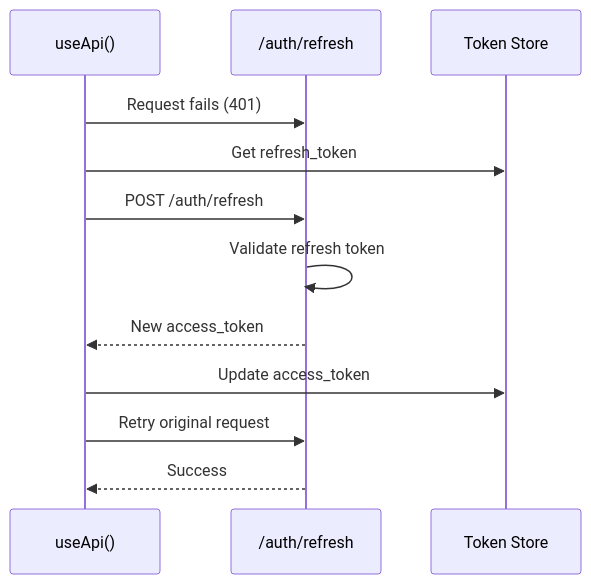
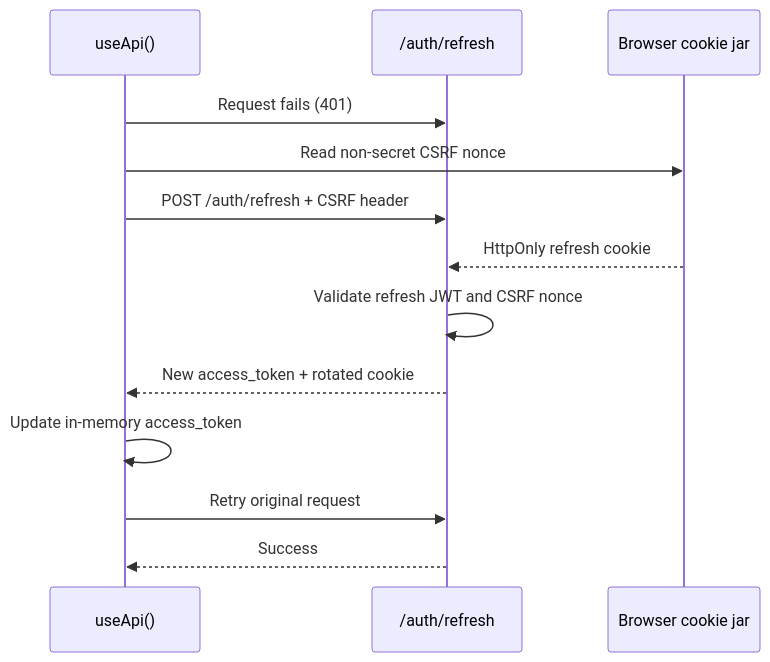
Before and after one commit to mahmoodianasl-svg/dentalpin: the third of 4 diagrams in docs/diagrams/data-flow.md, drawn with Mermaid. The commit also changed other lines of this file and 14 other files, not shown here.

Commit message:
W1: protect browser refresh sessions

````diff
--- a/docs/diagrams/data-flow.md
+++ b/docs/diagrams/data-flow.md
@@ -64,15 +64,16 @@
 ```mermaid
 sequenceDiagram
     participant API as useApi()
     participant BE as /auth/refresh
-    participant Store as Token Store
+    participant Jar as Browser cookie jar
 
     API->>BE: Request fails (401)
-    API->>Store: Get refresh_token
-    API->>BE: POST /auth/refresh
-    BE->>BE: Validate refresh token
-    BE-->>API: New access_token
-    API->>Store: Update access_token
+    API->>Jar: Read non-secret CSRF nonce
+    API->>BE: POST /auth/refresh + CSRF header
+    Jar-->>BE: HttpOnly refresh cookie
+    BE->>BE: Validate refresh JWT and CSRF nonce
+    BE-->>API: New access_token + rotated cookie
+    API->>API: Update in-memory access_token
     API->>BE: Retry original request
     BE-->>API: Success
 ```
````
